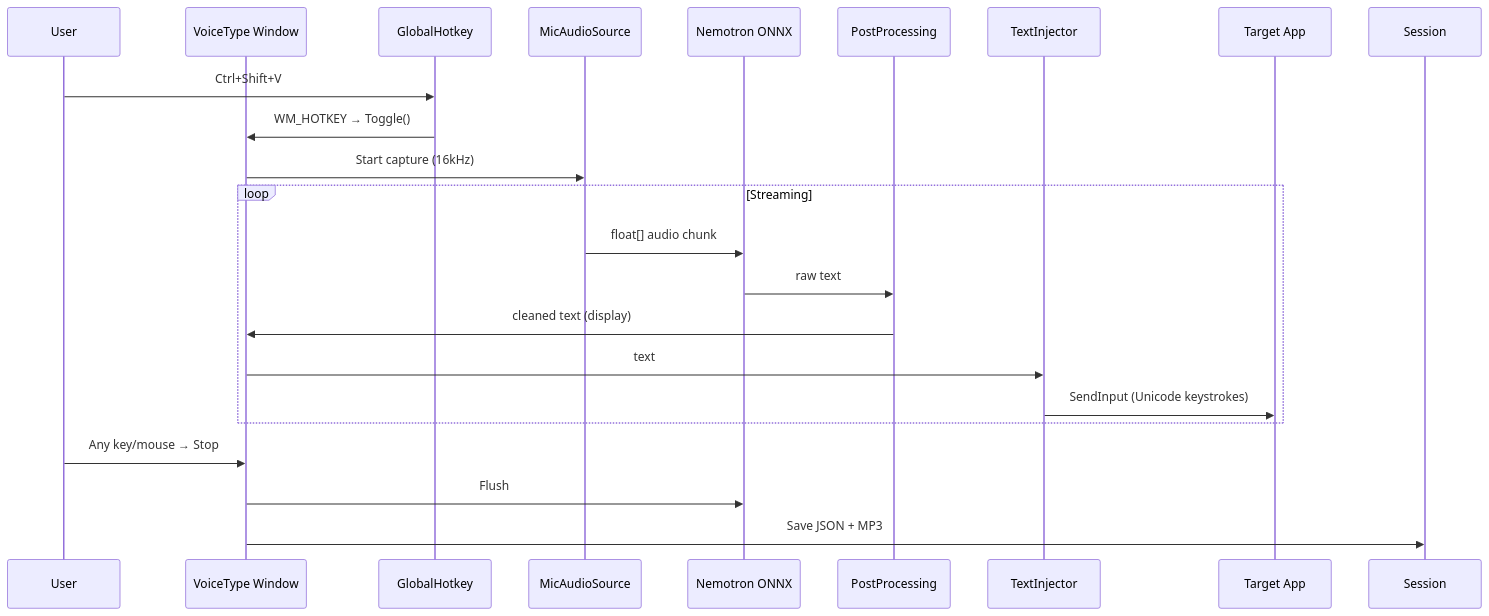
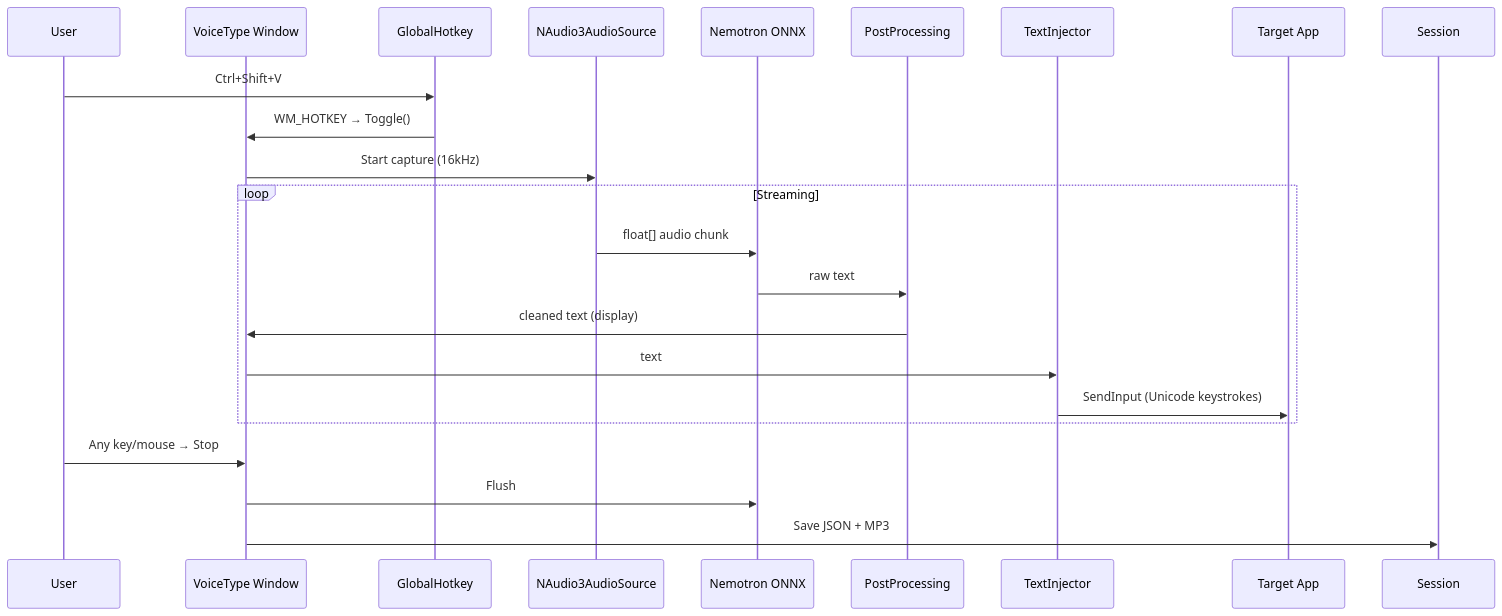
One commit to DimQ1/nemotron-speech-csharp changed the diagram in VoiceType/README.md. Above: the diagram before and after it, drawn with Mermaid. The commit also changed other lines of this file and 25 other files, not shown here.

````diff
--- a/VoiceType/README.md
+++ b/VoiceType/README.md
@@ -49,25 +49,25 @@
 ```mermaid
 sequenceDiagram
     participant User
     participant VT as VoiceType Window
     participant Hook as GlobalHotkey
-    participant Mic as MicAudioSource
+    participant Mic as NAudio3AudioSource
     participant ASR as Nemotron ONNX
     participant PP as PostProcessing
     participant Inj as TextInjector
     participant App as Target App
 
     User->>Hook: Ctrl+Shift+V
     Hook->>VT: WM_HOTKEY → Toggle()
     VT->>Mic: Start capture (16kHz)
     loop Streaming
         Mic->>ASR: float[] audio chunk
         ASR->>PP: raw text
         PP->>VT: cleaned text (display)
         VT->>Inj: text
         Inj->>App: SendInput (Unicode keystrokes)
     end
     User->>VT: Any key/mouse → Stop
     VT->>ASR: Flush
     VT->>Session: Save JSON + MP3
 ```
````
